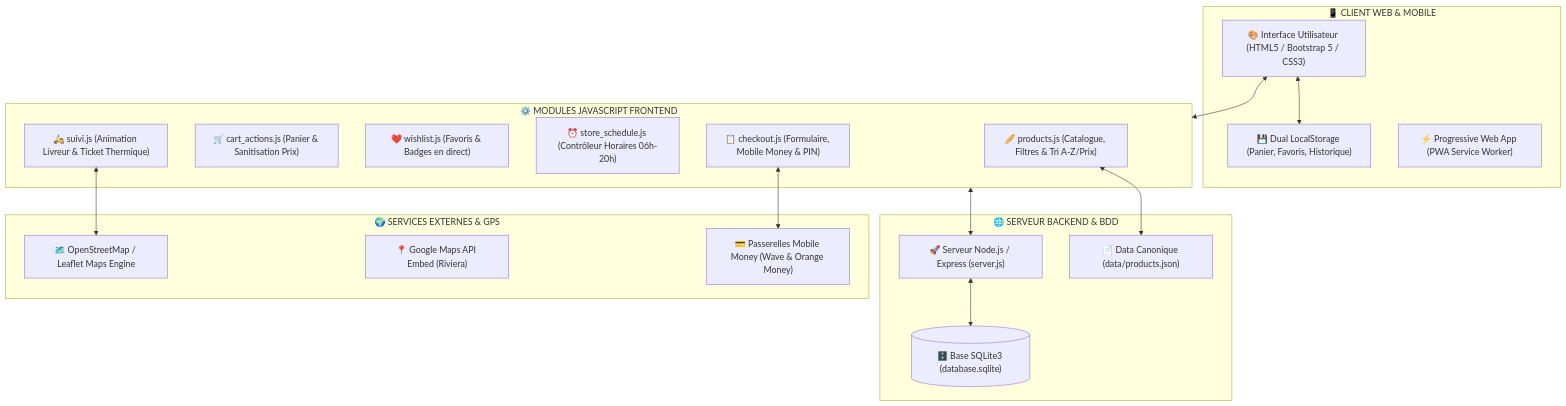
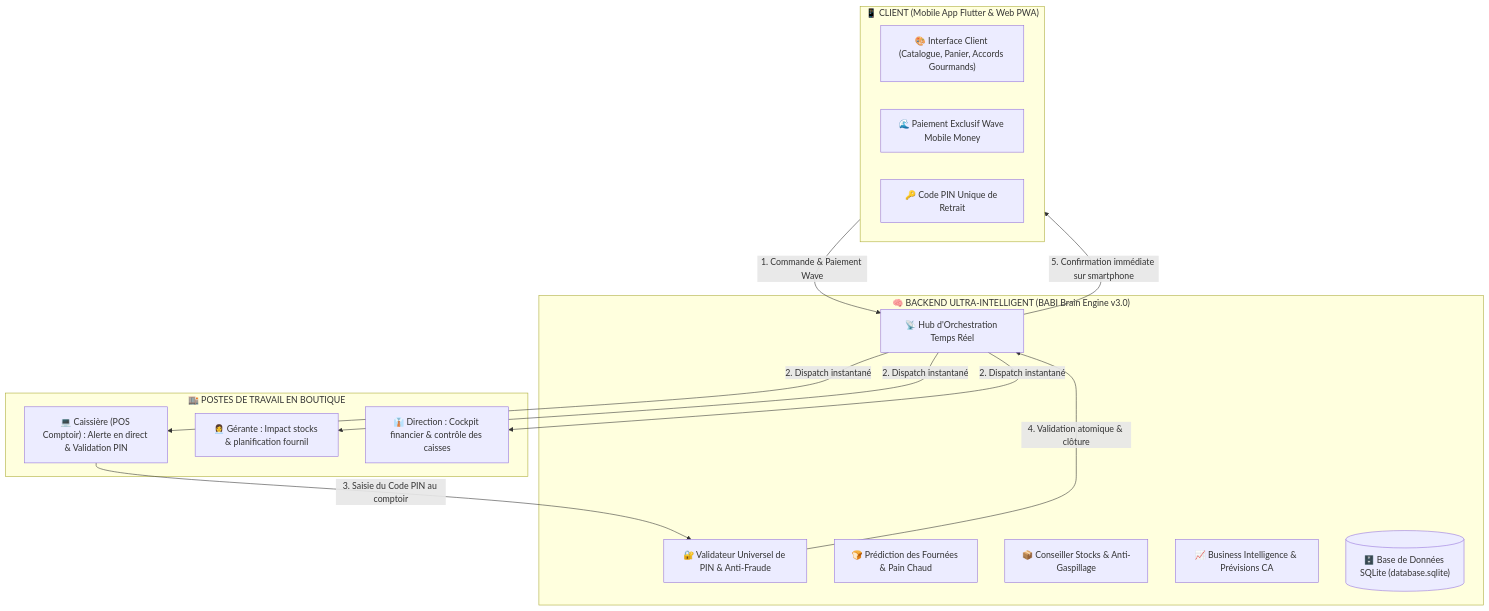
Before and after one commit to Christ-Hub-pixel/Boulangerie-de-BABI-main: the first of 2 diagrams in ARCHITECTURE.md, drawn with Mermaid. The commit also changed other lines of this file and 2 other files, not shown here.

Commit message:
refactor(checkout): enforce exclusive Wave payment for online orders and purge all delivery/courier references

````diff
--- a/ARCHITECTURE.md
+++ b/ARCHITECTURE.md
@@ -27,37 +31,32 @@
 ```mermaid
 flowchart TB
-    subgraph CLIENT["📱 CLIENT WEB & MOBILE"]
-        UI["🎨 Interface Utilisateur (HTML5 / Bootstrap 5 / CSS3)"]
-        STORE["💾 Dual LocalStorage (Panier, Favoris, Historique)"]
-        SW["⚡ Progressive Web App (PWA Service Worker)"]
+    subgraph CLIENT["📱 CLIENT (Mobile App Flutter & Web PWA)"]
+        UI["🎨 Interface Client (Catalogue, Panier, Accords Gourmands)"]
+        WAVE_PAY["🌊 Paiement Exclusif Wave Mobile Money"]
+        PIN_GEN["🔑 Code PIN Unique de Retrait"]
     end
 
-    subgraph LOGIC["⚙️ MODULES JAVASCRIPT FRONTEND"]
-        PRODUCTS["🥖 products.js (Catalogue, Filtres & Tri A-Z/Prix)"]
-        CART["🛒 cart_actions.js (Panier & Sanitisation Prix)"]
-        WISHLIST["❤️ wishlist.js (Favoris & Badges en direct)"]
-        SCHEDULE["⏰ store_schedule.js (Contrôleur Horaires 06h-20h)"]
-        GPS_TRACK["🛵 suivi.js (Animation Livreur & Ticket Thermique)"]
-        CHECKOUT_JS["📋 checkout.js (Formulaire, Mobile Money & PIN)"]
+    subgraph BABI_BRAIN["🧠 BACKEND ULTRA-INTELLIGENT (BABI Brain Engine v3.0)"]
+        ORCH["📡 Hub d'Orchestration Temps Réel"]
+        PIN_VAL["🔐 Validateur Universel de PIN & Anti-Fraude"]
+        AI_BAKE["🍞 Prédiction des Fournées & Pain Chaud"]
+        AI_STOCK["📦 Conseiller Stocks & Anti-Gaspillage"]
+        AI_BI["📈 Business Intelligence & Prévisions CA"]
+        SQLITE[("🗄️ Base de Données SQLite (database.sqlite)")]
     end
 
-    subgraph BACKEND["🌐 SERVEUR BACKEND & BDD"]
-        EXPRESS["🚀 Serveur Node.js / Express (server.js)"]
-        SQLITE[("🗄️ Base SQLite3 (database.sqlite)")]
-        JSON_DB["📄 Data Canonique (data/products.json)"]
+    subgraph STATIONS["🏬 POSTES DE TRAVAIL EN BOUTIQUE"]
+        CAISSE["💻 Caissière (POS Comptoir) : Alerte en direct & Validation PIN"]
+        GERANTE["👩‍💼 Gérante : Impact stocks & planification fournil"]
+        ADMIN["👔 Direction : Cockpit financier & contrôle des caisses"]
     end
 
-    subgraph EXTERNAL["🌍 SERVICES EXTERNES & GPS"]
-        OSM["🗺️ OpenStreetMap / Leaflet Maps Engine"]
-        GMAPS["📍 Google Maps API Embed (Riviera)"]
-        MOMO["💳 Passerelles Mobile Money (Wave & Orange Money)"]
-    end
+    CLIENT -->|1. Commande & Paiement Wave| ORCH
+    ORCH -->|2. Dispatch instantané| CAISSE
+    ORCH -->|2. Dispatch instantané| GERANTE
+    ORCH -->|2. Dispatch instantané| ADMIN
 
-    UI <--> STORE
-    UI <--> LOGIC
-    PRODUCTS <--> JSON_DB
-    CHECKOUT_JS <--> MOMO
-    GPS_TRACK <--> OSM
-    EXPRESS <--> SQLITE
-    LOGIC <--> EXPRESS
+    CAISSE -->|3. Saisie du Code PIN au comptoir| PIN_VAL
+    PIN_VAL -->|4. Validation atomique & clôture| ORCH
+    ORCH -->|5. Confirmation immédiate sur smartphone| CLIENT
 ```
````
